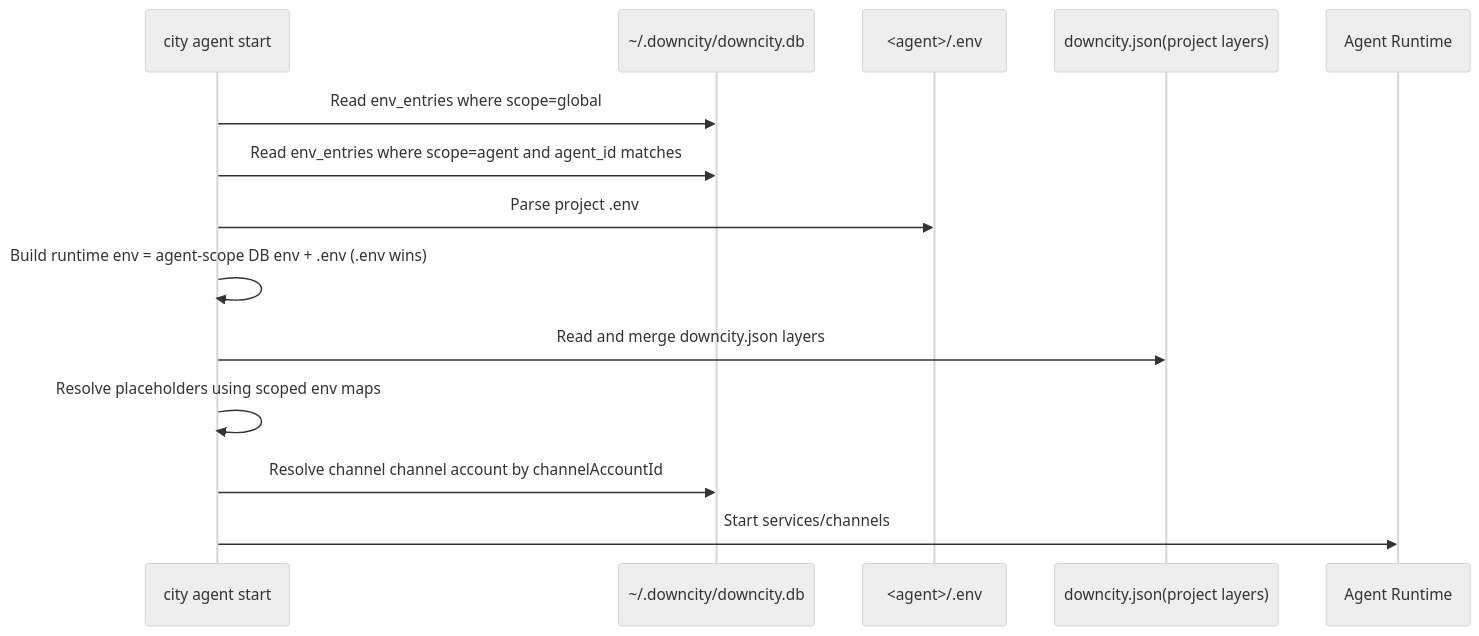
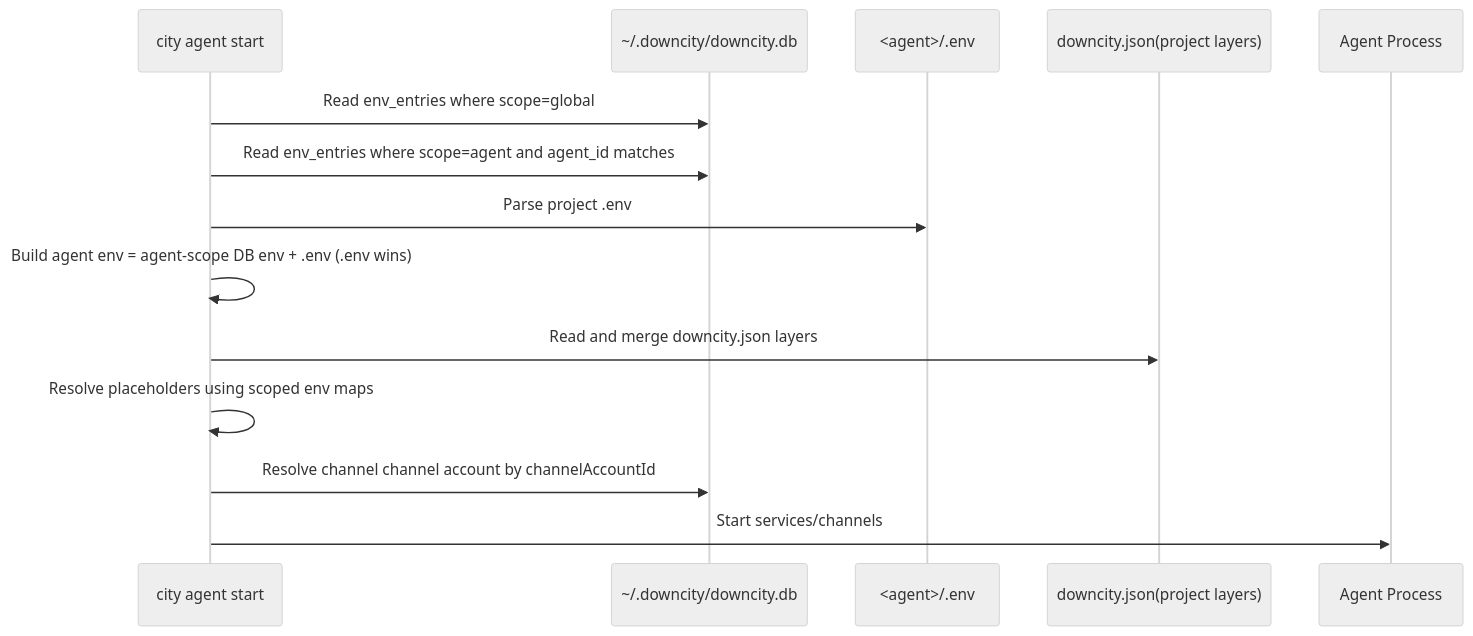
One commit to wangenius/downcity changed the first of 2 diagrams in homepage/content/docs/en/configuration/environment-variables.mdx. Above: the diagram before and after it, drawn with Mermaid (neutral theme). The commit also changed other lines of this file and 123 other files, not shown here.

````diff
--- a/homepage/content/docs/en/configuration/environment-variables.mdx
+++ b/homepage/content/docs/en/configuration/environment-variables.mdx
@@ -36,17 +36,17 @@
 ```mermaid
 sequenceDiagram
   participant CLI as city agent start
   participant DB as ~/.downcity/downcity.db
   participant ENV as <agent>/.env
   participant JSON as downcity.json(project layers)
-  participant RT as Agent Runtime
+  participant RT as Agent Process
 
   CLI->>DB: Read env_entries where scope=global
   CLI->>DB: Read env_entries where scope=agent and agent_id matches
   CLI->>ENV: Parse project .env
-  CLI->>CLI: Build runtime env = agent-scope DB env + .env (.env wins)
+  CLI->>CLI: Build agent env = agent-scope DB env + .env (.env wins)
   CLI->>JSON: Read and merge downcity.json layers
   CLI->>CLI: Resolve placeholders using scoped env maps
   CLI->>DB: Resolve channel channel account by channelAccountId
   CLI->>RT: Start services/channels
 ```
````
